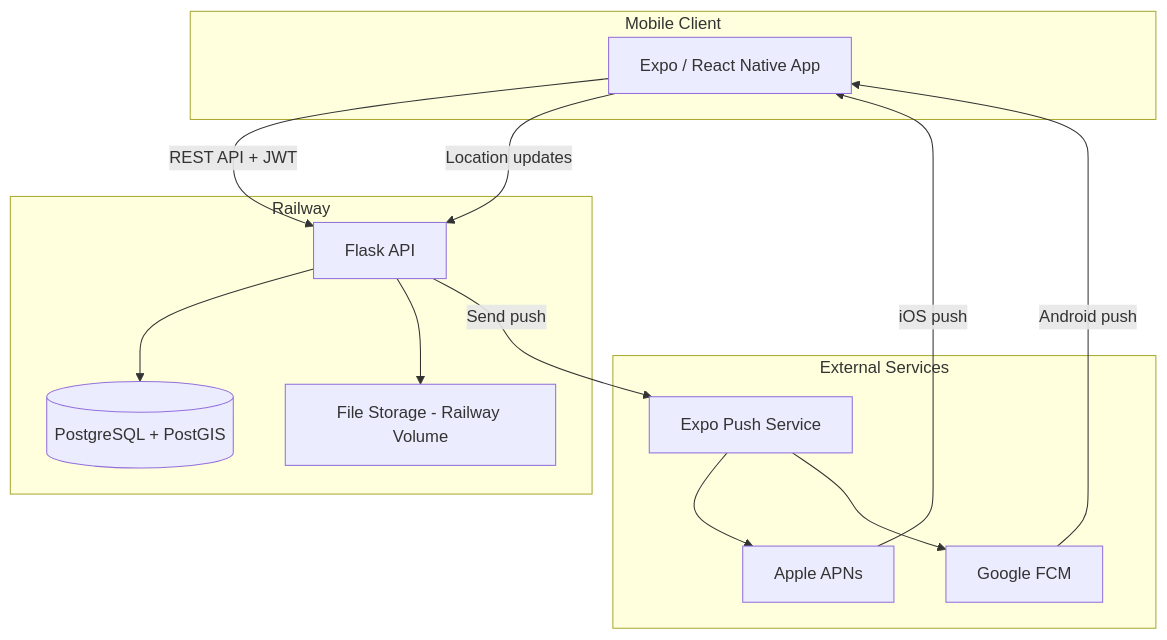
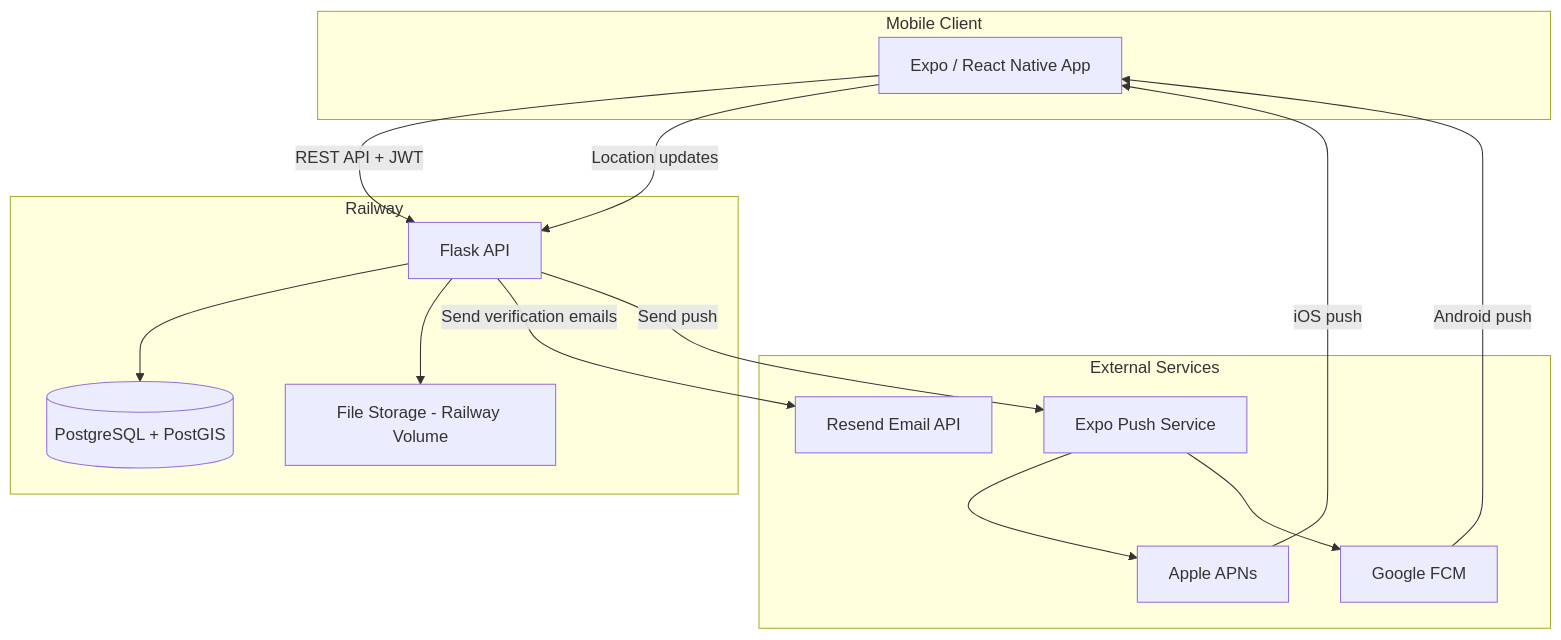
One commit to wariya-placehub/triptoe-docs changed the first of 7 diagrams in 2_architecture.md. Above: the diagram before and after it, drawn with Mermaid. The commit also changed other lines of this file and 3 other files, not shown here.

First line of the commit message:
Update docs for Resend email, push notifications, domain, and Firebase setup

````diff
--- a/2_architecture.md
+++ b/2_architecture.md
@@ -23,28 +23,30 @@
 ```mermaid
 graph TB
     subgraph "Mobile Client"
         APP[Expo / React Native App]
     end
 
     subgraph "Railway"
         API[Flask API]
         DB[(PostgreSQL + PostGIS)]
         FILES[File Storage - Railway Volume]
     end
 
     subgraph "External Services"
+        RESEND[Resend Email API]
         EXPO[Expo Push Service]
         APNS[Apple APNs]
         FCM[Google FCM]
     end
 
     APP -->|REST API + JWT| API
     API --> DB
     API --> FILES
+    API -->|Send verification emails| RESEND
     API -->|Send push| EXPO
     EXPO --> APNS
     EXPO --> FCM
     APNS -->|iOS push| APP
     FCM -->|Android push| APP
     APP -->|Location updates| API
 ```
````
